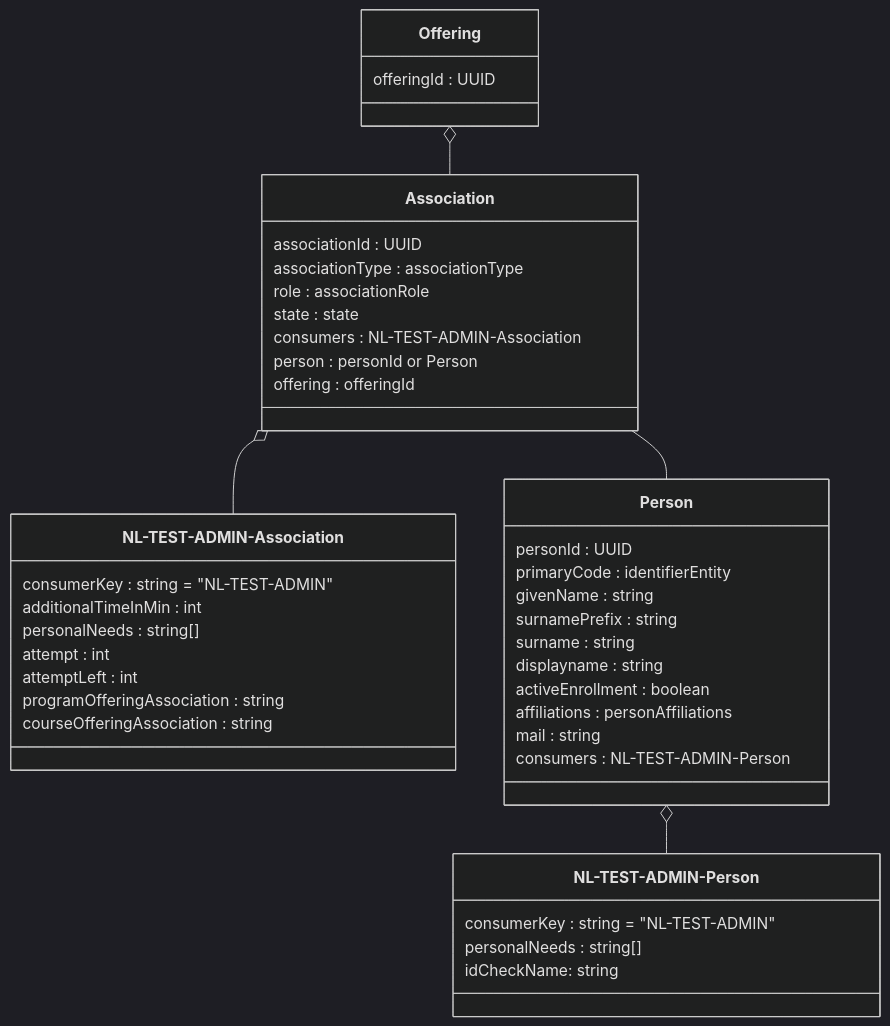
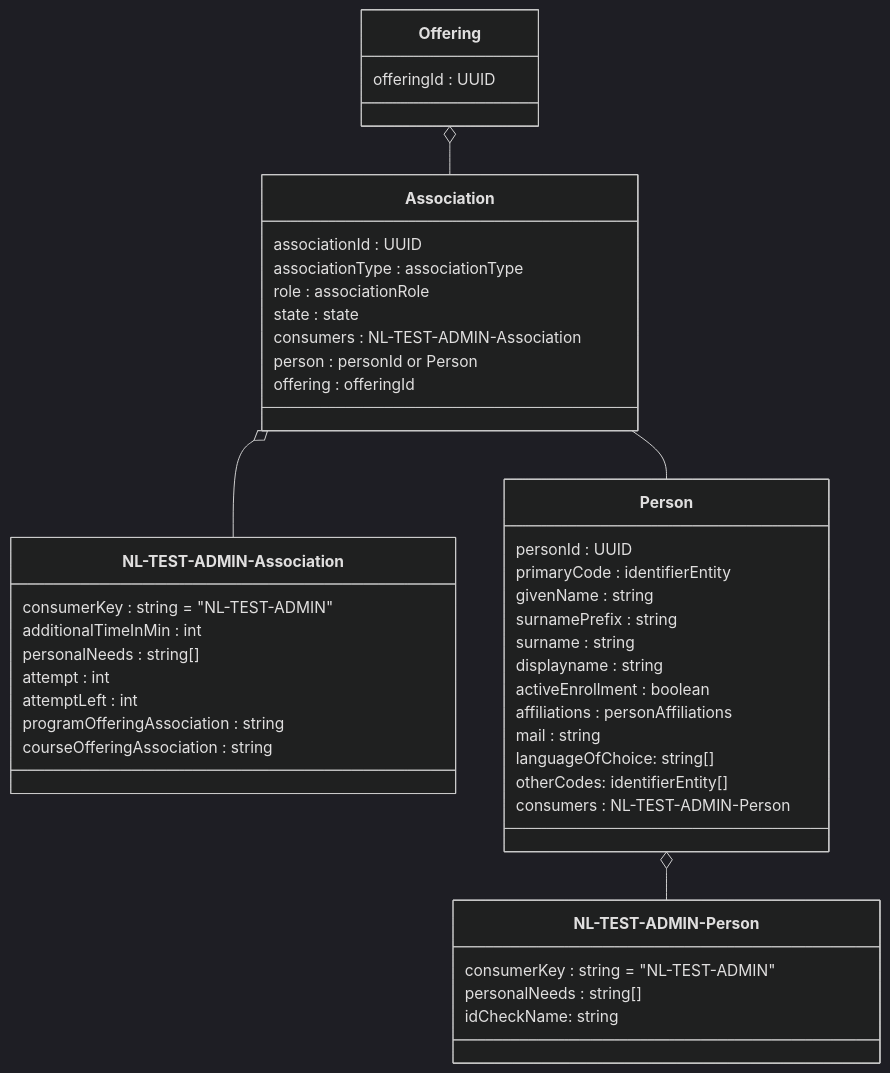
The fourth of 11 diagrams in doc/flow1.md (NetwerkExamineringDigitalisering/NED-OOAPI), drawn with Mermaid (dark theme) before and after one commit. The commit also changed other lines of this file and 2 other files, not shown here.

````diff
--- a/doc/flow1.md
+++ b/doc/flow1.md
@@ -131,46 +131,48 @@
 ```mermaid
 classDiagram
     class Association {
     	associationId : UUID
         associationType : associationType
         role : associationRole
         state : state
         consumers : NL-TEST-ADMIN-Association
         person : personId or Person
         offering : offeringId
     }
     class `NL-TEST-ADMIN-Association` {
     	consumerKey : string = "NL-TEST-ADMIN"
 	    additionalTimeInMin : int
 	    personalNeeds : string[]
         attempt : int
         attemptLeft : int
 	    programOfferingAssociation : string
 	    courseOfferingAssociation : string
     }
     class Person {
         personId : UUID
         primaryCode : identifierEntity
         givenName : string
         surnamePrefix : string 
         surname : string
         displayname : string
         activeEnrollment : boolean 
         affiliations : personAffiliations
         mail : string
+        languageOfChoice: string[]
+		otherCodes: identifierEntity[]
     	consumers : NL-TEST-ADMIN-Person
     }
     class `NL-TEST-ADMIN-Person` {
     	consumerKey : string = "NL-TEST-ADMIN"
 	    personalNeeds : string[]
         idCheckName: string
     }
     class Offering {
        offeringId : UUID
     }
     Offering  o-- Association
     Association o-- `NL-TEST-ADMIN-Association`
     Association -- Person
     Person o-- `NL-TEST-ADMIN-Person`
 
 ```
````
